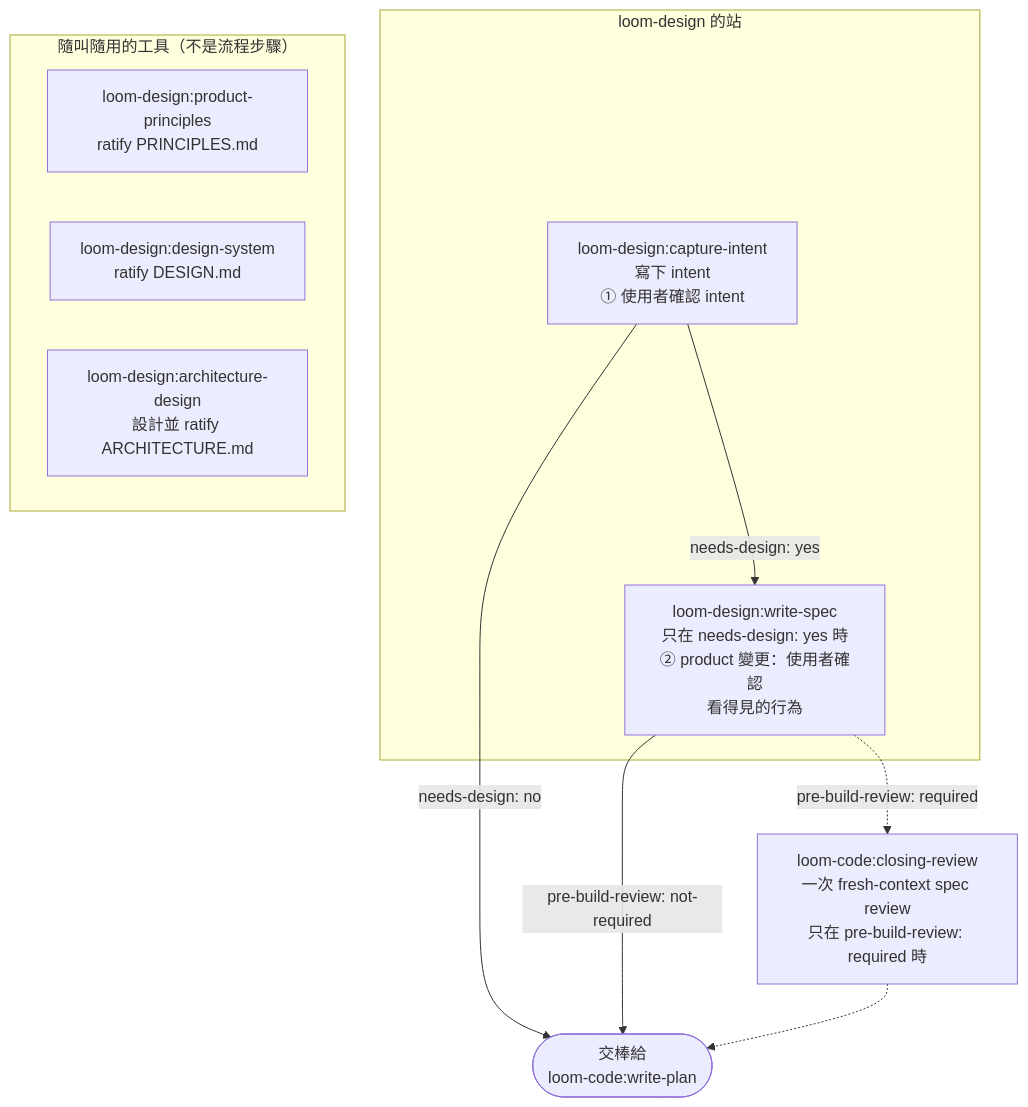
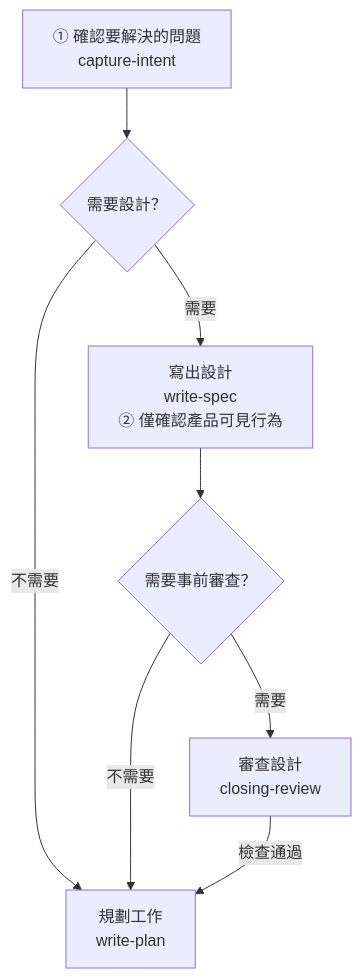
One commit to kouko/loom-plugins changed the diagram in loom-design/README.zh-TW.md. Above: the diagram before and after it, drawn with Mermaid. The commit also changed 9 other files, not shown here.

First line of the commit message:
docs: separate README flows from workflow tool catalogs

````diff
--- a/loom-design/README.zh-TW.md
+++ b/loom-design/README.zh-TW.md
@@ -17,22 +17,17 @@
 ```mermaid
 flowchart TD
-    subgraph stations["loom-design 的站"]
-        intent["loom-design:capture-intent<br/>寫下 intent<br/>① 使用者確認 intent"]
-        spec["loom-design:write-spec<br/>只在 needs-design: yes 時<br/>② product 變更：使用者確認<br/>看得見的行為"]
-    end
+    intent["① 確認要解決的問題<br/>capture-intent"]
+    design{"需要設計？"}
+    spec["寫出設計<br/>write-spec<br/>② 僅確認產品可見行為"]
+    check{"需要事前審查？"}
+    review["審查設計<br/>closing-review"]
+    plan["規劃工作<br/>write-plan"]
 
-    specreview["loom-code:closing-review<br/>一次 fresh-context spec review<br/>只在 pre-build-review: required 時"]
-    plan(["交棒給<br/>loom-code:write-plan"])
-
-    subgraph tools["隨叫隨用的工具（不是流程步驟）"]
-        principles["loom-design:product-principles<br/>ratify PRINCIPLES.md"]
-        designsys["loom-design:design-system<br/>ratify DESIGN.md"]
-        arch["loom-design:architecture-design<br/>設計並 ratify ARCHITECTURE.md"]
-    end
-
-    intent -->|"needs-design: yes"| spec
-    intent -->|"needs-design: no"| plan
-    spec -->|"pre-build-review: not-required"| plan
-    spec -.->|"pre-build-review: required"| specreview
-    specreview -.-> plan
+    intent --> design
+    design -->|"需要"| spec
+    design -->|"不需要"| plan
+    spec --> check
+    check -->|"需要"| review
+    check -->|"不需要"| plan
+    review -->|"檢查通過"| plan
 ```
````
